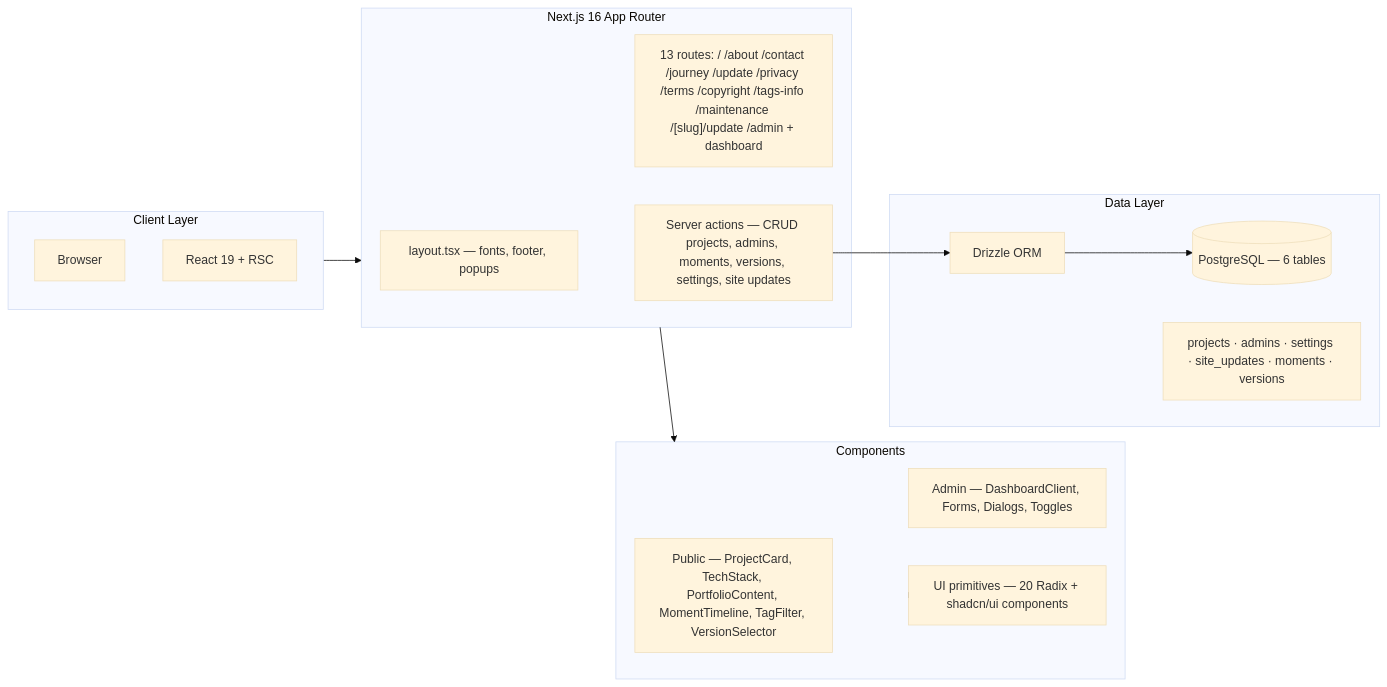
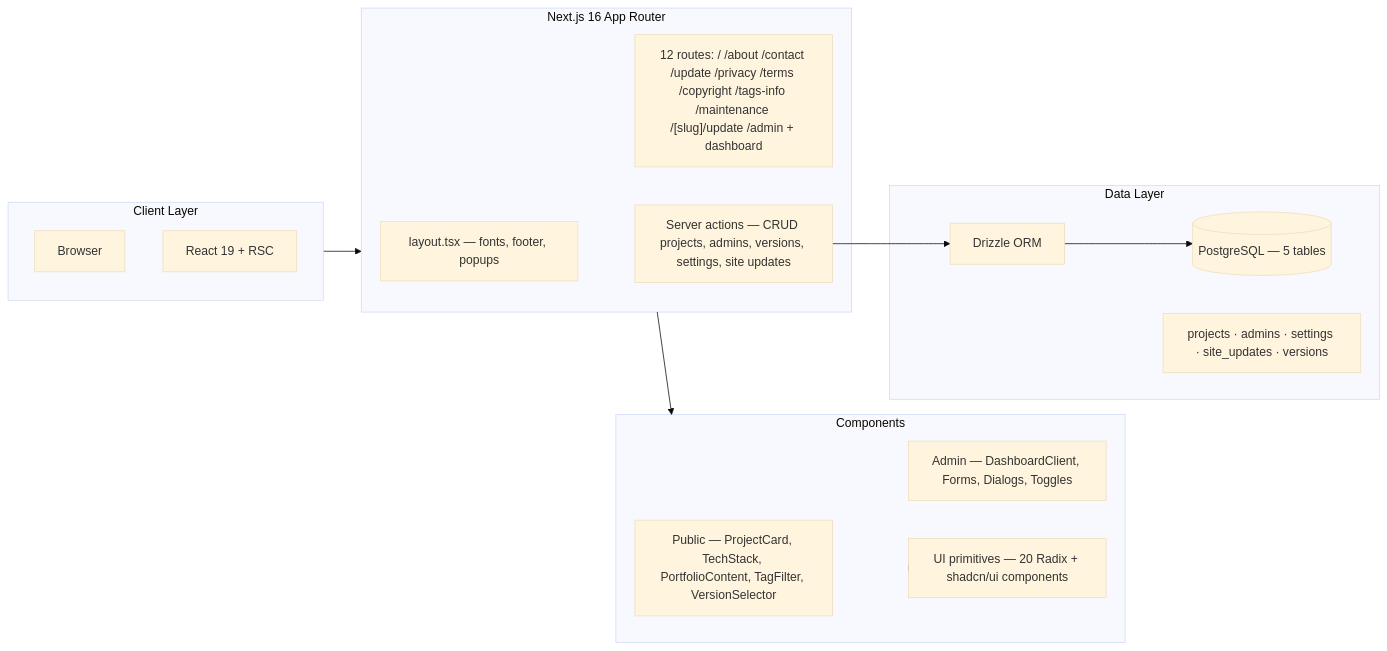
Before and after one commit to ddrayko/portfolio: the first of 5 diagrams in README.md, drawn with Mermaid (base theme). The commit also changed other lines of this file and 15 other files, not shown here.

Commit message:
remove: completely delete My Journey (Moments) feature and harden DDoS modal against devtools removal

````diff
--- a/README.md
+++ b/README.md
@@ -30,32 +30,32 @@
 ```mermaid
 flowchart LR
     subgraph Client["Client Layer"]
         Browser["Browser"]
         React["React 19 + RSC"]
     end
 
     subgraph NextJS["Next.js 16 App Router"]
         Layout["layout.tsx — fonts, footer, popups"]
-        Pages["13 routes: / /about /contact /journey /update /privacy /terms /copyright /tags-info /maintenance /[slug]/update /admin + dashboard"]
-        API["Server actions — CRUD projects, admins, moments, versions, settings, site updates"]
+        Pages["12 routes: / /about /contact /update /privacy /terms /copyright /tags-info /maintenance /[slug]/update /admin + dashboard"]
+        API["Server actions — CRUD projects, admins, versions, settings, site updates"]
     end
 
     subgraph Components["Components"]
-        Public["Public — ProjectCard, TechStack, PortfolioContent, MomentTimeline, TagFilter, VersionSelector"]
+        Public["Public — ProjectCard, TechStack, PortfolioContent, TagFilter, VersionSelector"]
         Admin["Admin — DashboardClient, Forms, Dialogs, Toggles"]
         UI["UI primitives — 20 Radix + shadcn/ui components"]
     end
 
     subgraph Data["Data Layer"]
         Drizzle["Drizzle ORM"]
-        DB[("PostgreSQL — 6 tables")]
-        Schema["projects · admins · settings · site_updates · moments · versions"]
+        DB[("PostgreSQL — 5 tables")]
+        Schema["projects · admins · settings · site_updates · versions"]
     end
 
     Client --> NextJS
     NextJS --> Components
     NextJS --> API
     API --> Drizzle
     Drizzle --> DB
     Components --> UI
 ```
````
